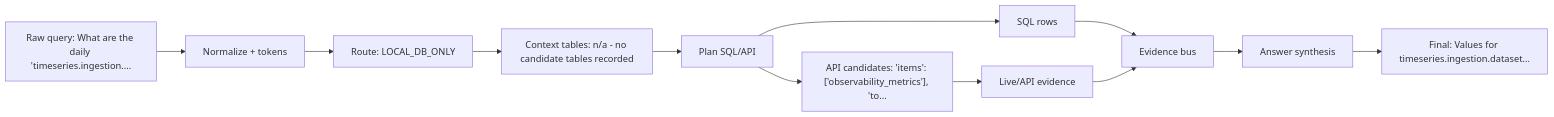
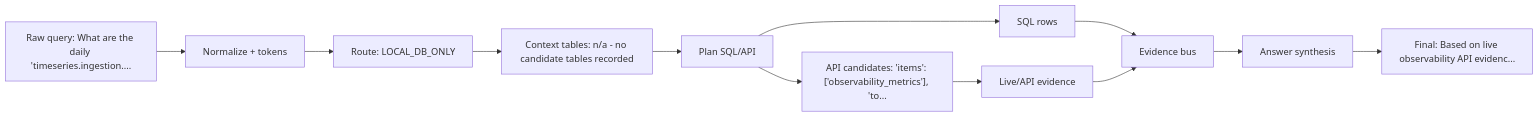
One commit to dashsys-workshop-vldb/dashsys-workshop-vldb.github.io changed the diagram in outputs/visualizations/query_example_033_dataflow.md. Above: the diagram before and after it, drawn with Mermaid. The commit also changed other lines of this file and 2729 other files, not shown here.

````diff
--- a/outputs/visualizations/query_example_033_dataflow.md
+++ b/outputs/visualizations/query_example_033_dataflow.md
@@ -17,14 +17,14 @@
 ```mermaid
 flowchart LR
   Q["Raw query: What are the daily 'timeseries.ingestion...."] --> N["Normalize + tokens"]
   N --> R["Route: LOCAL_DB_ONLY"]
   R --> C["Context tables: n/a - no candidate tables recorded"]
   C --> P["Plan SQL/API"]
   P --> S["SQL rows"]
   P --> A["API candidates: 'items': ['observability_metrics'], 'to..."]
   A --> E["Live/API evidence"]
   S --> V["Evidence bus"]
   E --> V
   V --> H["Answer synthesis"]
-  H --> F["Final: Values for timeseries.ingestion.dataset..."]
+  H --> F["Final: Based on live observability API evidenc..."]
 ```
````
